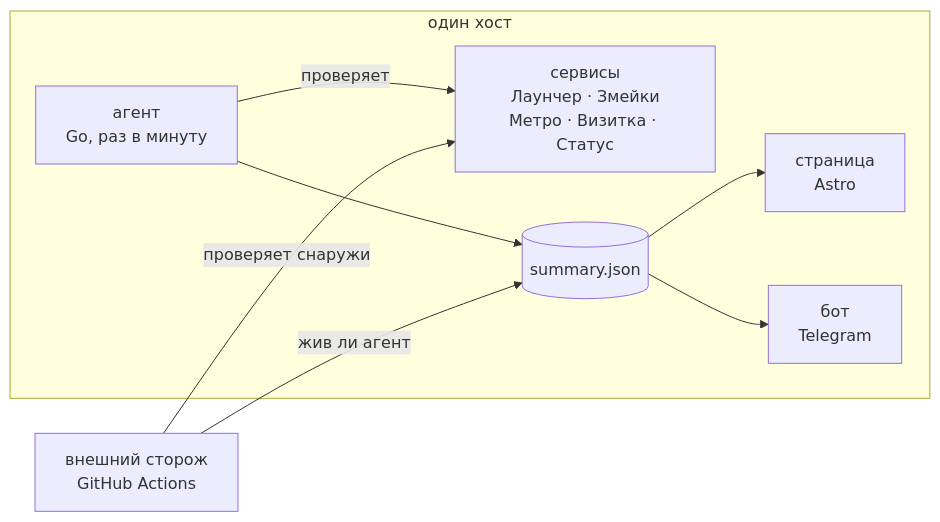
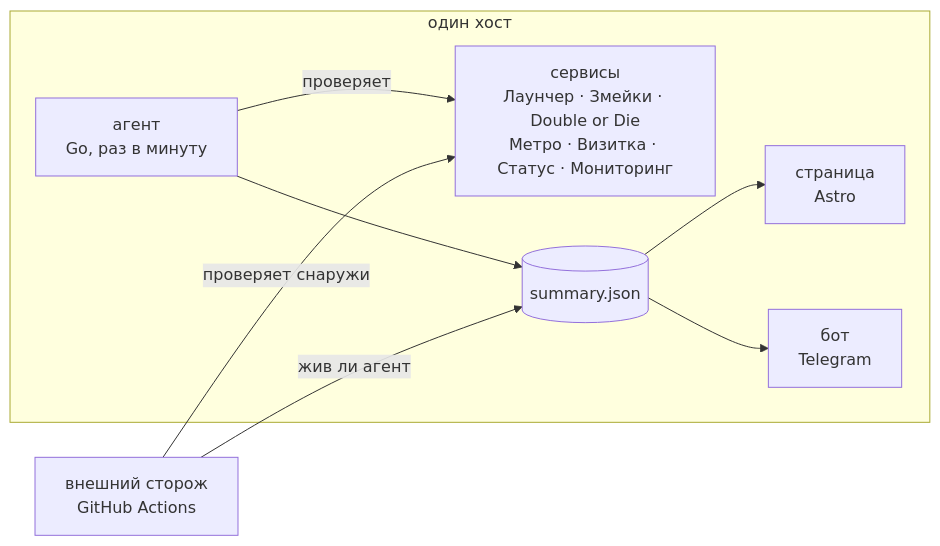
The diagram in README.md (tr0llex/Samoy.love-Status), drawn with Mermaid before and after one commit. The commit also changed other lines of this file and 6 other files, not shown here.

````diff
--- a/README.md
+++ b/README.md
@@ -24,17 +24,17 @@
 ```mermaid
 flowchart LR
     subgraph host["один хост"]
-        svc["сервисы<br/>Лаунчер · Змейки<br/>Метро · Визитка · Статус"]
+        svc["сервисы<br/>Лаунчер · Змейки · Double or Die<br/>Метро · Визитка · Статус · Мониторинг"]
         agent["агент<br/>Go, раз в минуту"]
         json[("summary.json")]
         page["страница<br/>Astro"]
         bot["бот<br/>Telegram"]
         agent -->|проверяет| svc
         agent --> json
         json --> page
         json --> bot
     end
     watch["внешний сторож<br/>GitHub Actions"]
     watch -->|проверяет снаружи| svc
     watch -->|жив ли агент| json
 ```
````
